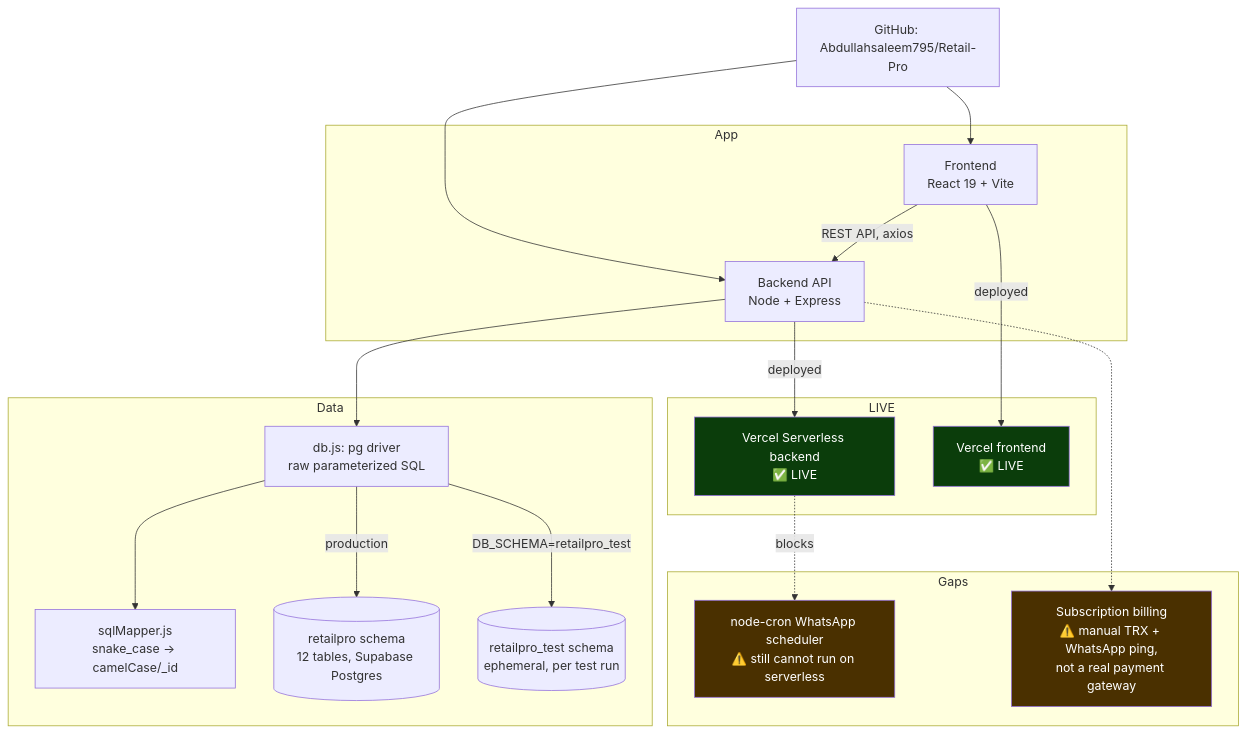
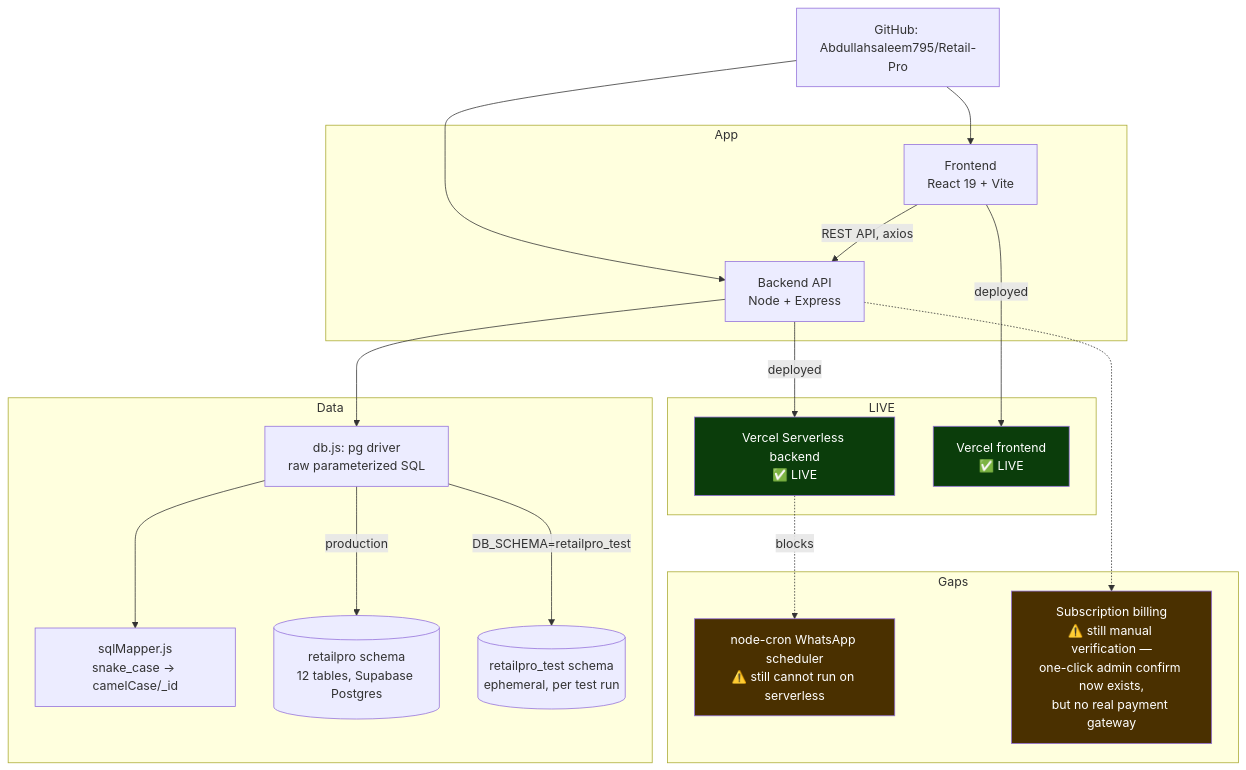
The first of 2 diagrams in docs/knowledge-graph.md (Abdullahsaleem795/Retail-Pro), drawn with Mermaid before and after one commit. The commit also changed other lines of this file and 2 other files, not shown here.

First line of the commit message:
Fix schema.sql drift and update knowledge graph

````diff
--- a/docs/knowledge-graph.md
+++ b/docs/knowledge-graph.md
@@ -28,43 +27,43 @@
 ```mermaid
 graph TD
     repo[GitHub: Abdullahsaleem795/Retail-Pro]
 
     subgraph App
         frontend[Frontend<br/>React 19 + Vite]
         backend[Backend API<br/>Node + Express]
     end
 
     subgraph Data
         pg[db.js: pg driver<br/>raw parameterized SQL]
         mapper[sqlMapper.js<br/>snake_case → camelCase/_id]
         schema[(retailpro schema<br/>12 tables, Supabase Postgres)]
         testschema[(retailpro_test schema<br/>ephemeral, per test run)]
     end
 
     subgraph Deploy [LIVE]
         vbackend[Vercel Serverless backend<br/>✅ LIVE]
         vfrontend[Vercel frontend<br/>✅ LIVE]
     end
 
     subgraph Gaps
         cron[node-cron WhatsApp scheduler<br/>⚠️ still cannot run on serverless]
-        pay[Subscription billing<br/>⚠️ manual TRX + WhatsApp ping,<br/>not a real payment gateway]
+        pay[Subscription billing<br/>⚠️ still manual verification —<br/>one-click admin confirm now exists,<br/>but no real payment gateway]
     end
 
     repo --> frontend
     repo --> backend
     frontend -->|REST API, axios| backend
     backend --> pg
     pg --> mapper
     pg -->|production| schema
     pg -->|DB_SCHEMA=retailpro_test| testschema
     backend -->|deployed| vbackend
     frontend -->|deployed| vfrontend
     vbackend -.blocks.-> cron
     backend -.-> pay
 
     style vbackend fill:#0b3d0b,color:#fff
     style vfrontend fill:#0b3d0b,color:#fff
     style cron fill:#4a3000,color:#fff
     style pay fill:#4a3000,color:#fff
 ```
````
